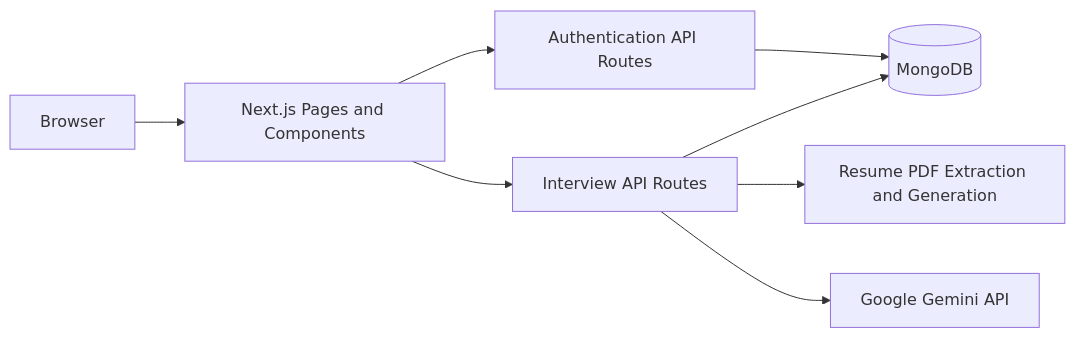
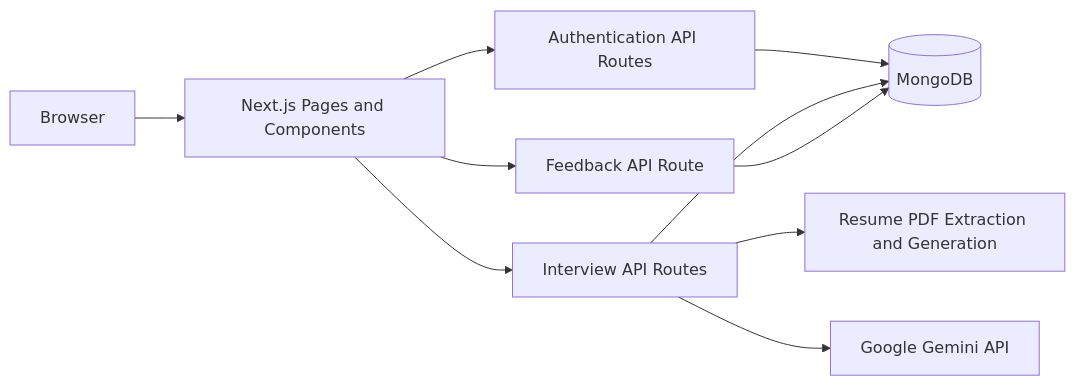
One commit to Ranjan-githu/nextjscarr changed the first of 6 diagrams in ARCHITECTURE.md. Above: the diagram before and after it, drawn with Mermaid. The commit also changed other lines of this file and 284 other files, not shown here.

````diff
--- a/ARCHITECTURE.md
+++ b/ARCHITECTURE.md
@@ -7,10 +7,12 @@
 ```mermaid
 flowchart LR
     User[Browser] --> Pages[Next.js Pages and Components]
     Pages --> Auth[Authentication API Routes]
     Pages --> Interview[Interview API Routes]
+    Pages --> Feedback[Feedback API Route]
     Auth --> DB[(MongoDB)]
     Interview --> DB
+    Feedback --> DB
     Interview --> PDF[Resume PDF Extraction and Generation]
     Interview --> Gemini[Google Gemini API]
 ```
````
